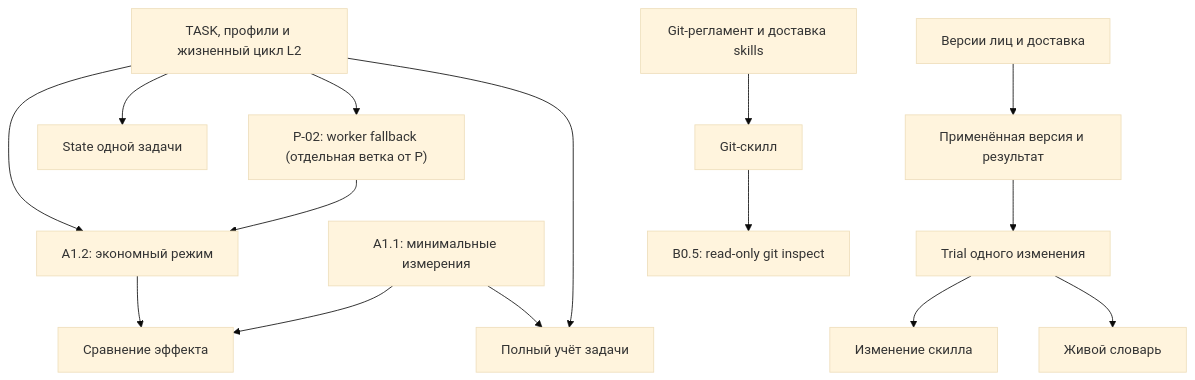
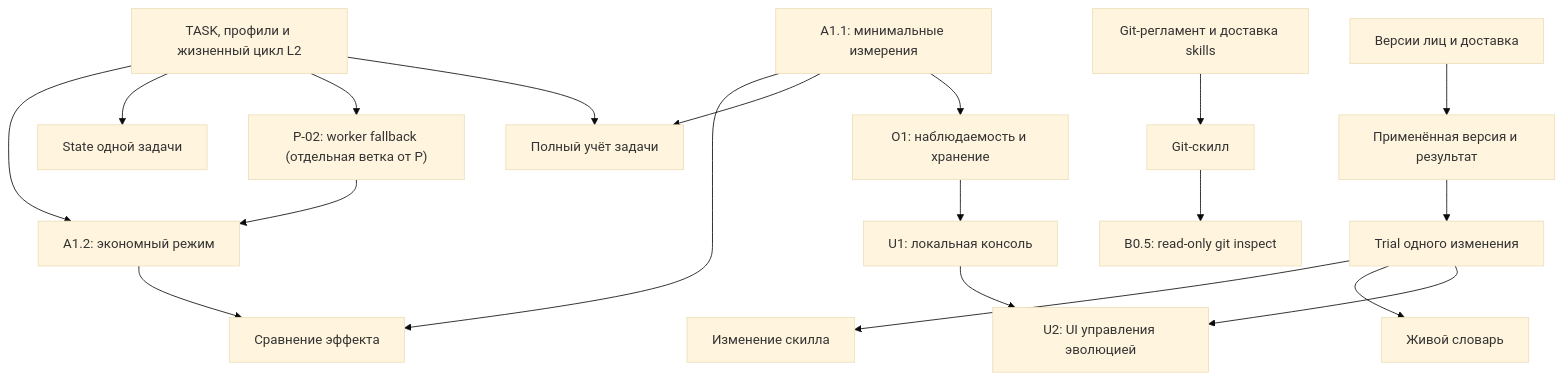
One commit to chekh/mister-wolf changed the diagram in docs/dev/roadmap/roadmap-v4.md. Above: the diagram before and after it, drawn with Mermaid (base theme). The commit also changed other lines of this file and 3 other files, not shown here.

First line of the commit message:
docs(roadmap): редакция 10 — принять пакет wolf-console (O1/U1/U2)

````diff
--- a/docs/dev/roadmap/roadmap-v4.md
+++ b/docs/dev/roadmap/roadmap-v4.md
@@ -537,17 +562,21 @@
 ```mermaid
 flowchart TD
   P["TASK, профили и жизненный цикл L2"] --> A["A1.2: экономный режим"]
   P --> E["State одной задачи"]
   P --> P2["P-02: worker fallback (отдельная ветка от P)"]
   P2 --> A
   M["A1.1: минимальные измерения"] --> K["Сравнение эффекта"]
   A --> K
   F["Версии лиц и доставка"] --> U["Применённая версия и результат"]
   U --> D["Trial одного изменения"]
   D --> S["Изменение скилла"]
   D --> I["Живой словарь"]
   P --> J["Полный учёт задачи"]
   M --> J
   GP["Git-регламент и доставка skills"] --> B0["Git-скилл"]
   B0 --> B05["B0.5: read-only git inspect"]
+  M --> O1["O1: наблюдаемость и хранение"]
+  O1 --> U1["U1: локальная консоль"]
+  D --> U2["U2: UI управления эволюцией"]
+  U1 --> U2
 ```
````
